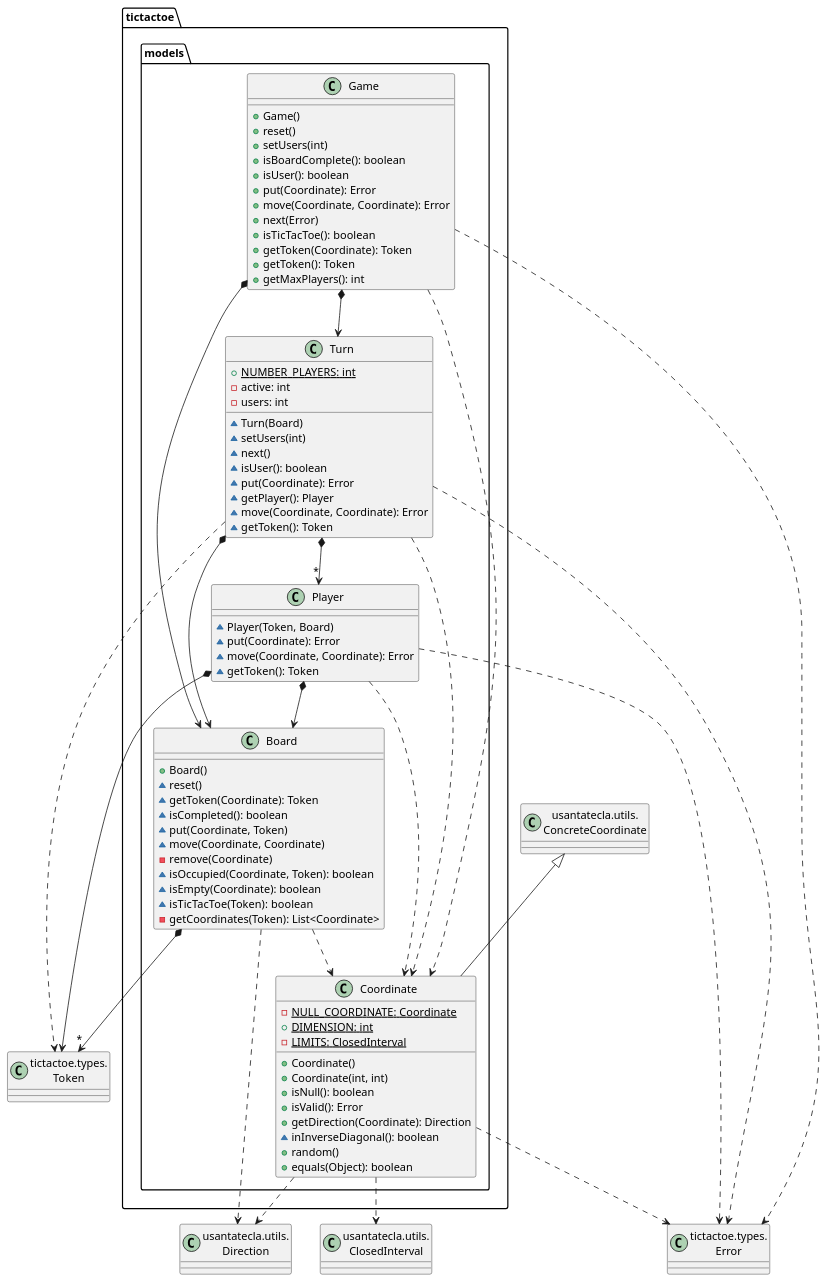
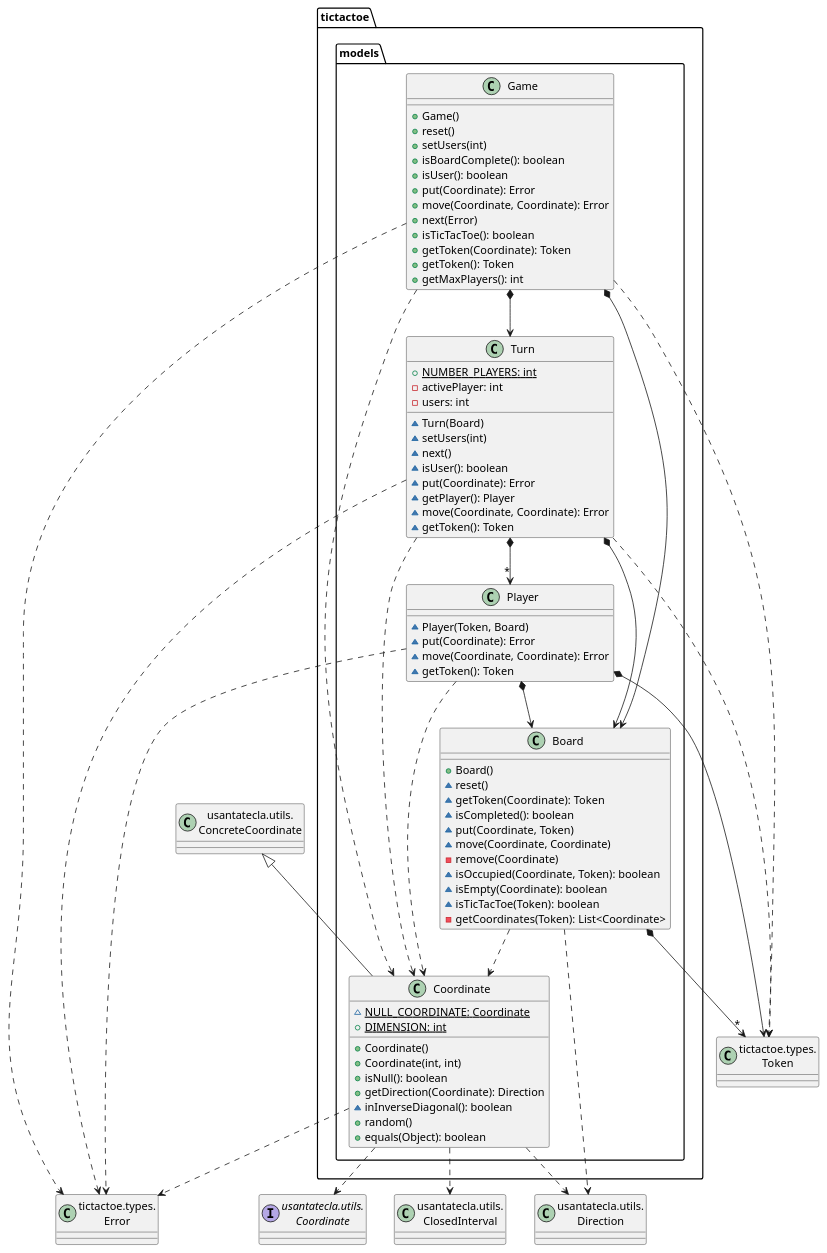
One commit to Jolucaa/USantaTecla-project-ticTacToe changed the fifth of 8 diagrams in modelViewPresenter/presentationModel/basic/docs/diagrams/src/paquetes.plantuml. Above: the diagram before and after it, drawn with PlantUML. The commit also changed other lines of this file and 16 other files, not shown here.

Commit message:
[mvp.pm.basic] Fixed diagrams and changed some small things in code (refactor)

```diff
--- a/modelViewPresenter/presentationModel/basic/docs/diagrams/src/paquetes.plantuml
+++ b/modelViewPresenter/presentationModel/basic/docs/diagrams/src/paquetes.plantuml
@@ -170,93 +206,94 @@
 @startuml paqueteTicTactoeModels
-class ClosedInterval as "usantatecla.utils.\nClosedInterval" {}
-class ConcreteCoordinate as "usantatecla.utils.\nConcreteCoordinate" {}
-class Direction as "usantatecla.utils.\nDirection" {}
-class Error as "tictactoe.types.\nError" {}
-class Token as "tictactoe.types.\nToken" {}
+class Token as "tictactoe.types.\nToken"
+class Error as "tictactoe.types.\nError"
+class ClosedInterval as "usantatecla.utils.\nClosedInterval"
+class ConcreteCoordinate as "usantatecla.utils.\nConcreteCoordinate"
+class Direction as "usantatecla.utils.\nDirection"
+interface Coordinate as "usantatecla.utils.\nCoordinate" 
 
 class  tictactoe.models.Board{
-+ Board()
-~ reset()
-~ getToken(Coordinate): Token
-~ isCompleted(): boolean
-~ put(Coordinate, Token)
-~ move(Coordinate, Coordinate)
-- remove(Coordinate)
-~ isOccupied(Coordinate, Token): boolean
-~ isEmpty(Coordinate): boolean
-~ isTicTacToe(Token): boolean
-- getCoordinates(Token): List<Coordinate>
+  + Board()
+  ~ reset()
+  ~ getToken(Coordinate): Token
+  ~ isCompleted(): boolean
+  ~ put(Coordinate, Token)
+  ~ move(Coordinate, Coordinate)
+  - remove(Coordinate)
+  ~ isOccupied(Coordinate, Token): boolean
+  ~ isEmpty(Coordinate): boolean
+  ~ isTicTacToe(Token): boolean
+  - getCoordinates(Token): List<Coordinate>
 }
 
 tictactoe.models.Board *-down-> "*" Token
 tictactoe.models.Board .down.> tictactoe.models.Coordinate
 tictactoe.models.Board .down.> Direction
 
 class  tictactoe.models.Coordinate{
-- {static} NULL_COORDINATE: Coordinate
-+ {static} DIMENSION: int
-- {static} LIMITS: ClosedInterval
-+ Coordinate()
-+ Coordinate(int, int)
-+ isNull(): boolean
-+ isValid(): Error
-+ getDirection(Coordinate): Direction
-~ inInverseDiagonal(): boolean
-+ random()
-+ equals(Object): boolean
+  ~ {static} NULL_COORDINATE: Coordinate
+  + {static} DIMENSION: int
+  + Coordinate()
+  + Coordinate(int, int)
+  + isNull(): boolean
+  + getDirection(Coordinate): Direction
+  ~ inInverseDiagonal(): boolean
+  + random()
+  + equals(Object): boolean
 }
 ConcreteCoordinate <|-down- tictactoe.models.Coordinate
 tictactoe.models.Coordinate .down.> Error
 tictactoe.models.Coordinate .down.> Direction
+tictactoe.models.Coordinate .down.> Coordinate
 tictactoe.models.Coordinate .down.> ClosedInterval
 
 class  tictactoe.models.Game{
-+ Game()
-+ reset()
-+ setUsers(int)
-+ isBoardComplete(): boolean
-+ isUser(): boolean
-+ put(Coordinate): Error
-+ move(Coordinate, Coordinate): Error
-+ next(Error)
-+ isTicTacToe(): boolean
-+ getToken(Coordinate): Token
-+ getToken(): Token
-+ getMaxPlayers(): int
+  + Game()
+  + reset()
+  + setUsers(int)
+  + isBoardComplete(): boolean
+  + isUser(): boolean
+  + put(Coordinate): Error
+  + move(Coordinate, Coordinate): Error
+  + next(Error)
+  + isTicTacToe(): boolean
+  + getToken(Coordinate): Token
+  + getToken(): Token
+  + getMaxPlayers(): int
 }
 tictactoe.models.Game *-down-> tictactoe.models.Board
 tictactoe.models.Game *-down-> tictactoe.models.Turn
 tictactoe.models.Game .down.> tictactoe.models.Coordinate
 tictactoe.models.Game .down.> Error
+tictactoe.models.Game .down.> Token
 
 class  tictactoe.models.Player{
-~ Player(Token, Board)
-~ put(Coordinate): Error
-~ move(Coordinate, Coordinate): Error
-~ getToken(): Token
+  ~ Player(Token, Board)
+  ~ put(Coordinate): Error
+  ~ move(Coordinate, Coordinate): Error
+  ~ getToken(): Token
 }
 tictactoe.models.Player *-down-> Token
 tictactoe.models.Player *-down-> tictactoe.models.Board
 tictactoe.models.Player .down.> tictactoe.models.Coordinate
 tictactoe.models.Player .down.> Error
 
 class  tictactoe.models.Turn{
-+ {static} NUMBER_PLAYERS: int
-- active: int
-- users: int
-~ Turn(Board)
-~ setUsers(int)
-~ next()
-~ isUser(): boolean
-~ put(Coordinate): Error
-~ getPlayer(): Player
-~ move(Coordinate, Coordinate): Error
-~ getToken(): Token
+  + {static} NUMBER_PLAYERS: int
+  - activePlayer: int
+  - users: int
+  ~ Turn(Board)
+  ~ setUsers(int)
+  ~ next()
+  ~ isUser(): boolean
+  ~ put(Coordinate): Error
+  ~ getPlayer(): Player
+  ~ move(Coordinate, Coordinate): Error
+  ~ getToken(): Token
 }
 
 tictactoe.models.Turn *-down-> "*" tictactoe.models.Player
 tictactoe.models.Turn *-down-> tictactoe.models.Board
 tictactoe.models.Turn .down.-> Token
+tictactoe.models.Turn .down.-> Error
 tictactoe.models.Turn .down.-> tictactoe.models.Coordinate
-tictactoe.models.Turn .down.-> Error
 @enduml
```
